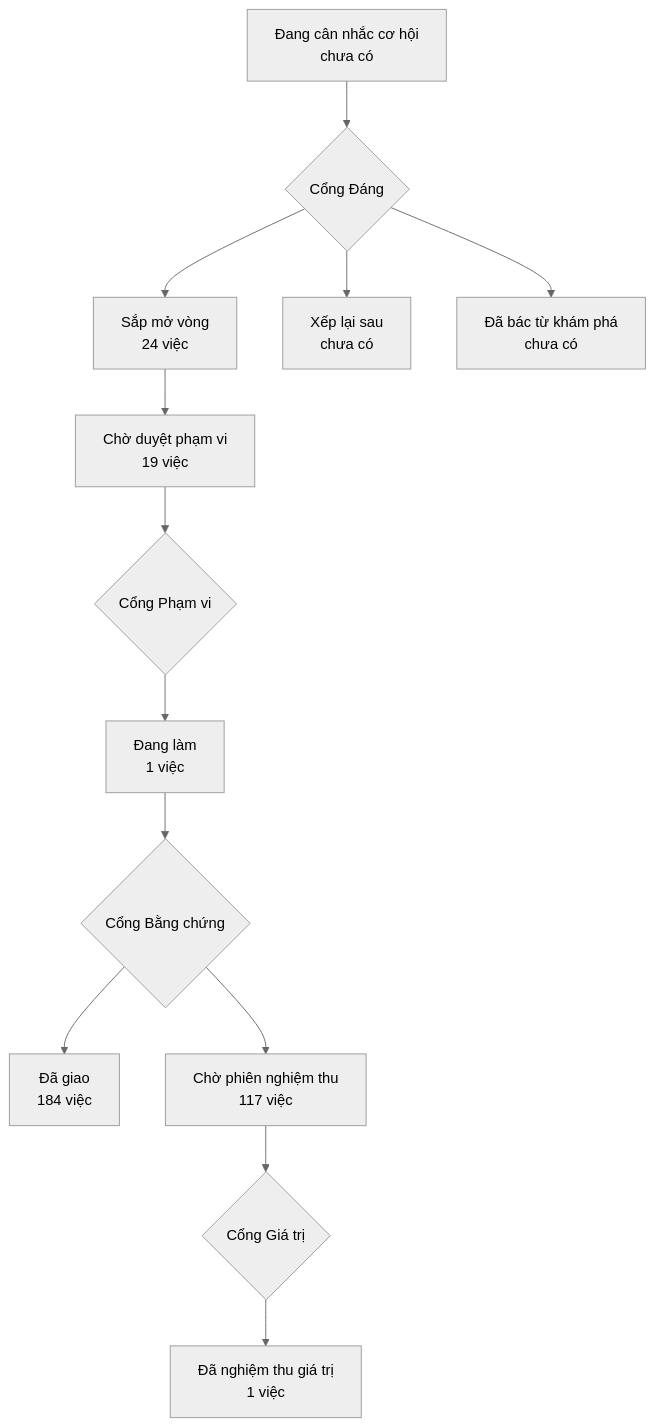
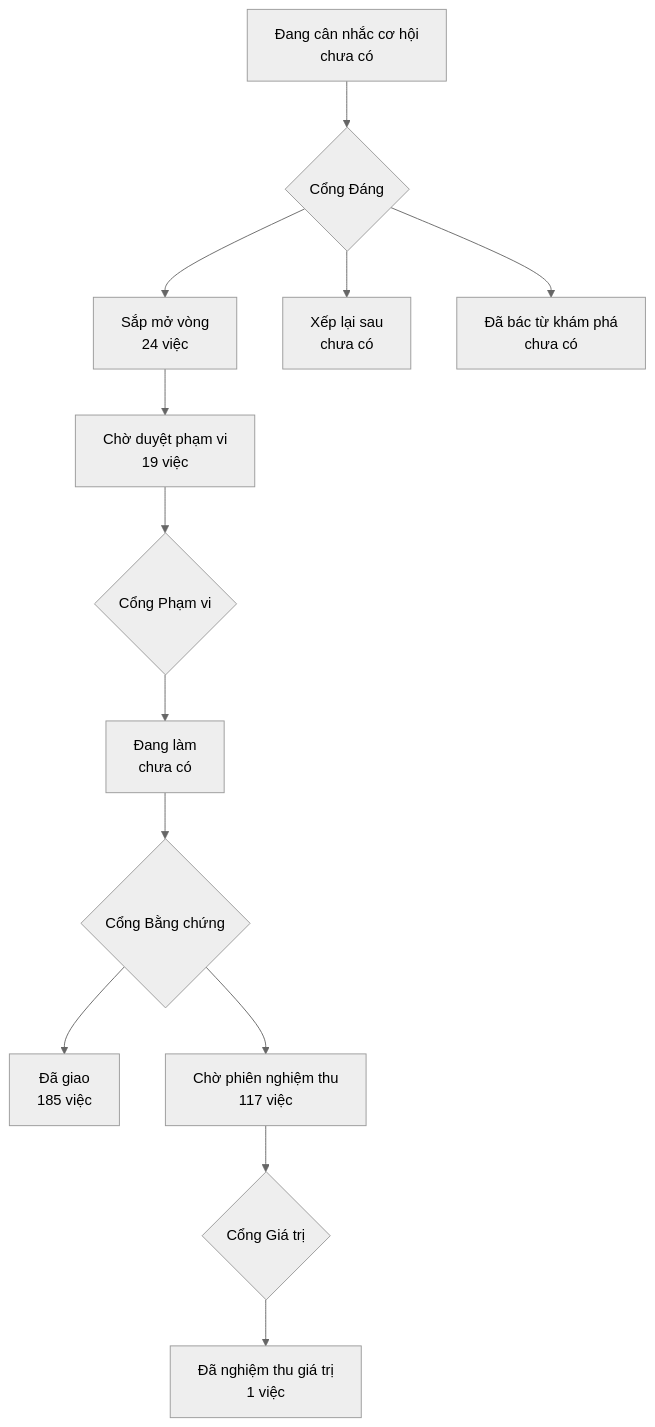
Before and after one commit to phanlemanh/onehub-invest: the diagram in PRODUCT-MAP.md, drawn with Mermaid (neutral theme). The commit also changed other lines of this file and 4 other files, not shown here.

````diff
--- a/PRODUCT-MAP.md
+++ b/PRODUCT-MAP.md
@@ -7,12 +7,12 @@
 ```mermaid
 flowchart TD
   A["Đang cân nhắc cơ hội<br/>chưa có"] --> GD{"Cổng Đáng"}
   GD --> B["Sắp mở vòng<br/>24 việc"]
   GD --> XL["Xếp lại sau<br/>chưa có"]
   GD --> DB["Đã bác từ khám phá<br/>chưa có"]
   B --> CD["Chờ duyệt phạm vi<br/>19 việc"] --> GP{"Cổng Phạm vi"}
-  GP --> DL["Đang làm<br/>1 việc"] --> GB{"Cổng Bằng chứng"}
-  GB --> DG["Đã giao<br/>184 việc"]
+  GP --> DL["Đang làm<br/>chưa có"] --> GB{"Cổng Bằng chứng"}
+  GB --> DG["Đã giao<br/>185 việc"]
   GB --> CN["Chờ phiên nghiệm thu<br/>117 việc"] --> GG{"Cổng Giá trị"}
   GG --> NT["Đã nghiệm thu giá trị<br/>1 việc"]
 ```
````
